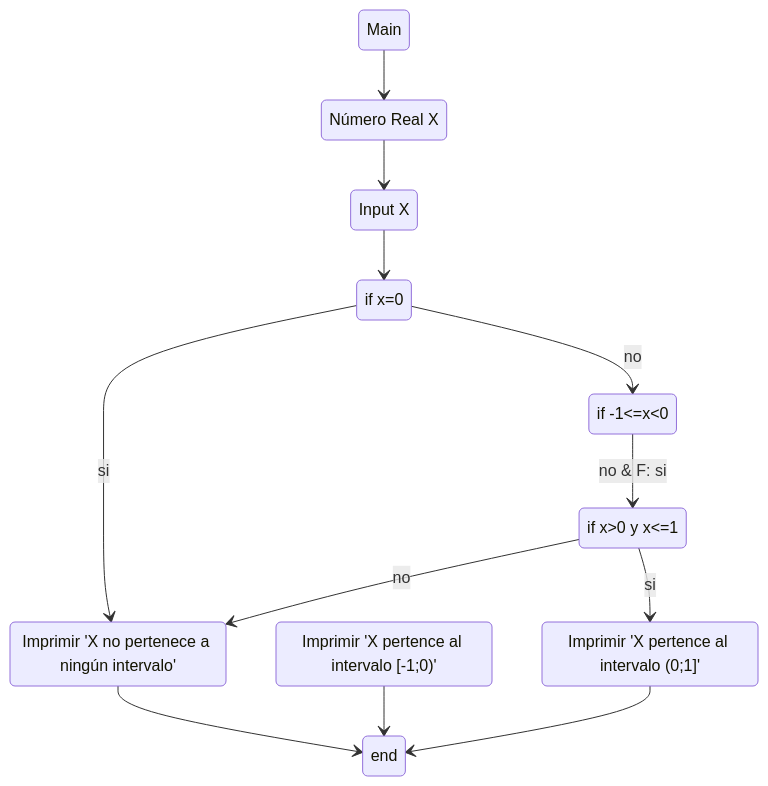
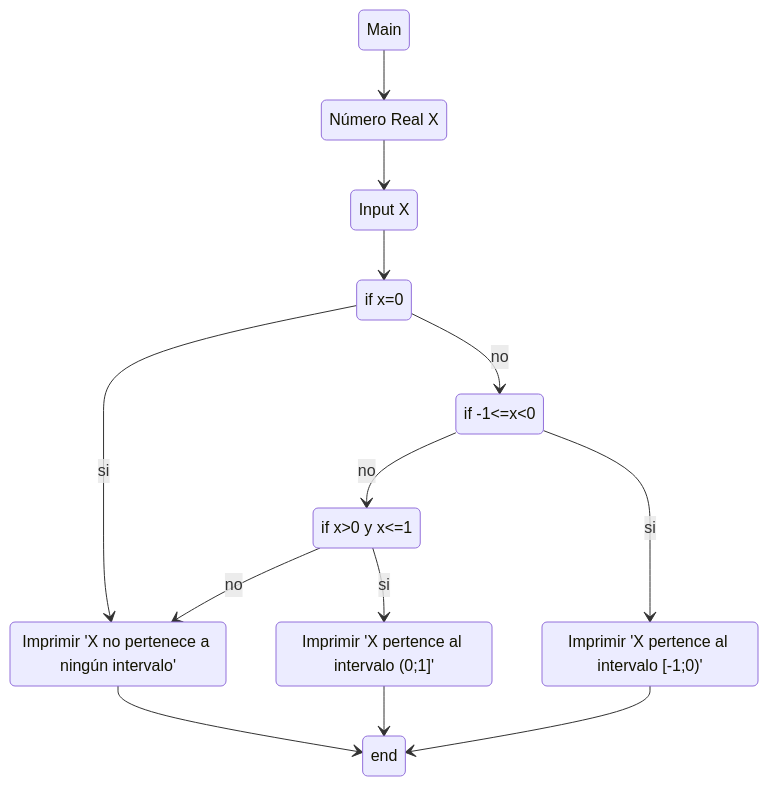
Before and after one commit to ValentinJM/TP-8: the diagram in Ejercicios/2.md, drawn with Mermaid.

````diff
--- a/Ejercicios/2.md
+++ b/Ejercicios/2.md
@@ -3,22 +3,23 @@
 ```mermaid
 stateDiagram-v2
 state "Número Real X" as A
 state "Input X" as B
 state "if x=0" as C
 state "Imprimir 'X no pertenece a ningún intervalo'" as D
 state "if -1<=x<0" as E
 state "Imprimir 'X pertence al intervalo [-1;0)'" as F
 state "if x>0 y x<=1" as G
 state "Imprimir 'X pertence al intervalo (0;1]'" as H
     Main --> A
     A --> B
     B --> C
     C --> D : si
     C --> E : no
-    E --> G: no & F: si
+    E --> G: no
+    E --> F: si
     G --> H : si
     G --> D : no
     D --> end
+    H --> end
     F --> end
-    H --> end
 ```
````
